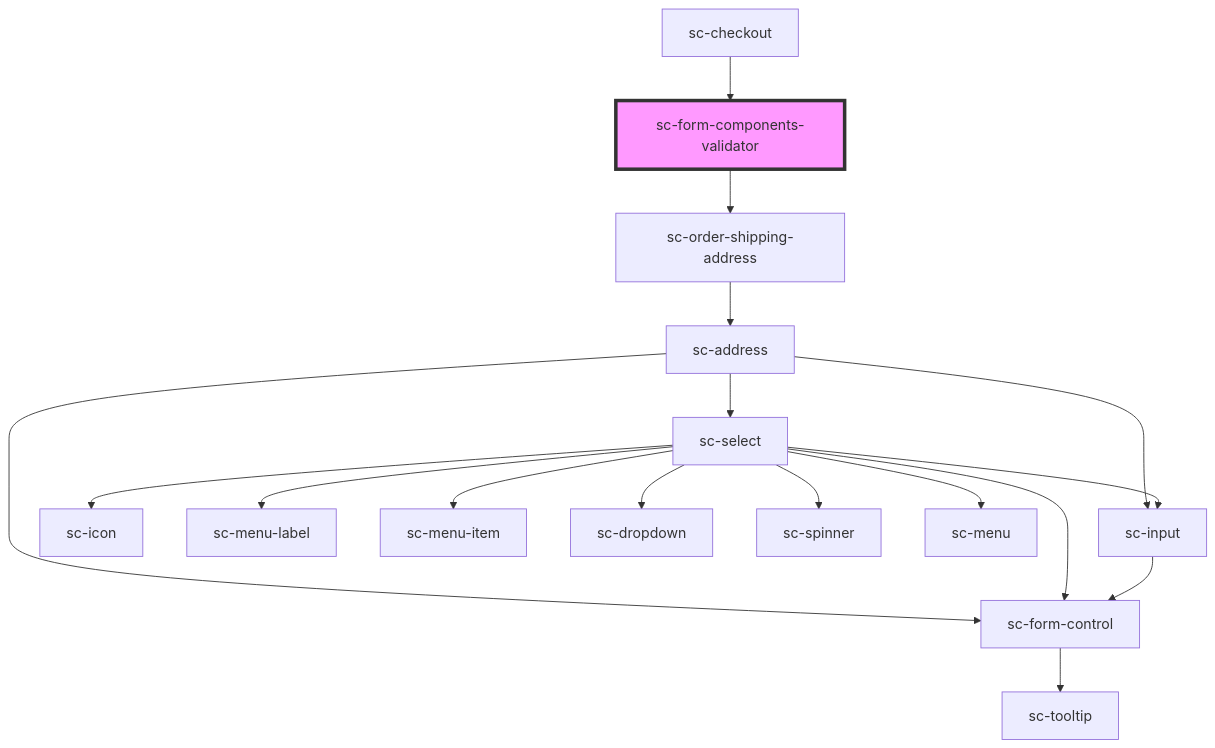
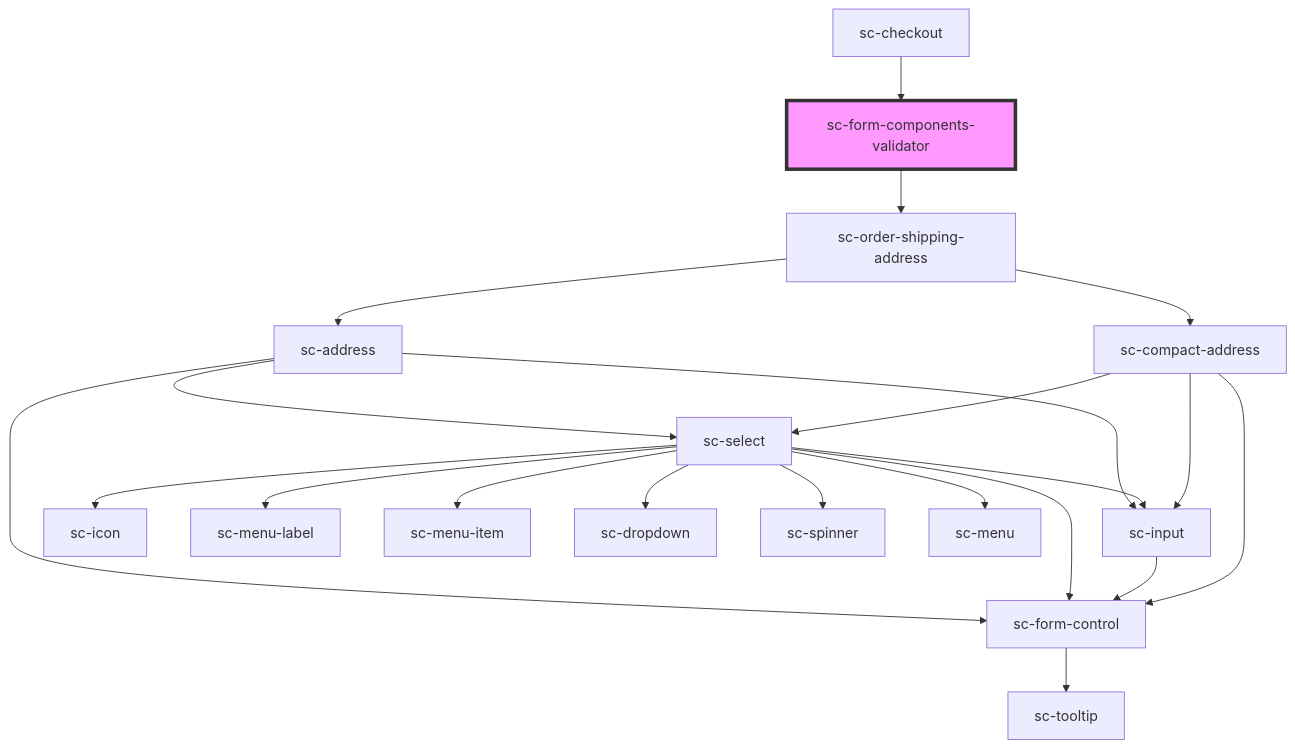
Before and after one commit to surecart/surecart-wp-plugin: the diagram in packages/components/src/components/providers/form-components-validator/readme.md, drawn with Mermaid. The commit also changed 146 other files, not shown here.

````diff
--- a/packages/components/src/components/providers/form-components-validator/readme.md
+++ b/packages/components/src/components/providers/form-components-validator/readme.md
@@ -28,20 +28,24 @@
 ```mermaid
 graph TD;
   sc-form-components-validator --> sc-order-shipping-address
   sc-order-shipping-address --> sc-address
+  sc-order-shipping-address --> sc-compact-address
   sc-address --> sc-form-control
   sc-address --> sc-select
   sc-address --> sc-input
   sc-form-control --> sc-tooltip
   sc-select --> sc-icon
   sc-select --> sc-menu-label
   sc-select --> sc-menu-item
   sc-select --> sc-form-control
   sc-select --> sc-dropdown
   sc-select --> sc-input
   sc-select --> sc-spinner
   sc-select --> sc-menu
   sc-input --> sc-form-control
+  sc-compact-address --> sc-form-control
+  sc-compact-address --> sc-select
+  sc-compact-address --> sc-input
   sc-checkout --> sc-form-components-validator
   style sc-form-components-validator fill:#f9f,stroke:#333,stroke-width:4px
 ```
````
